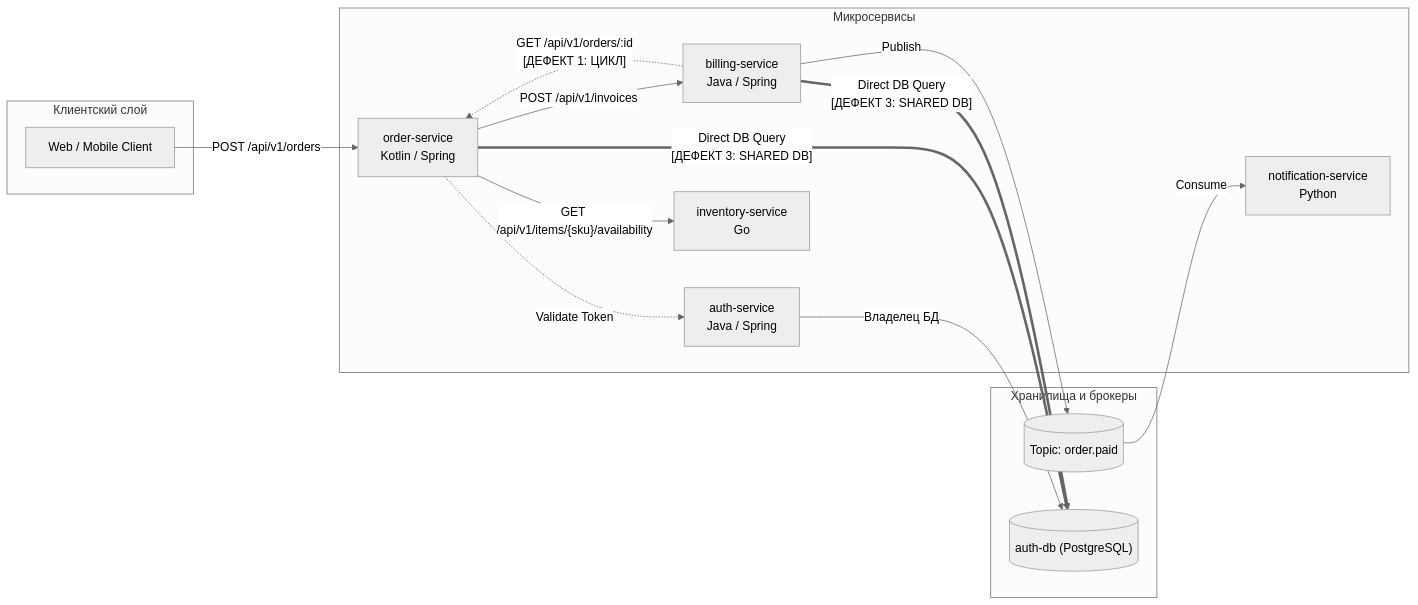
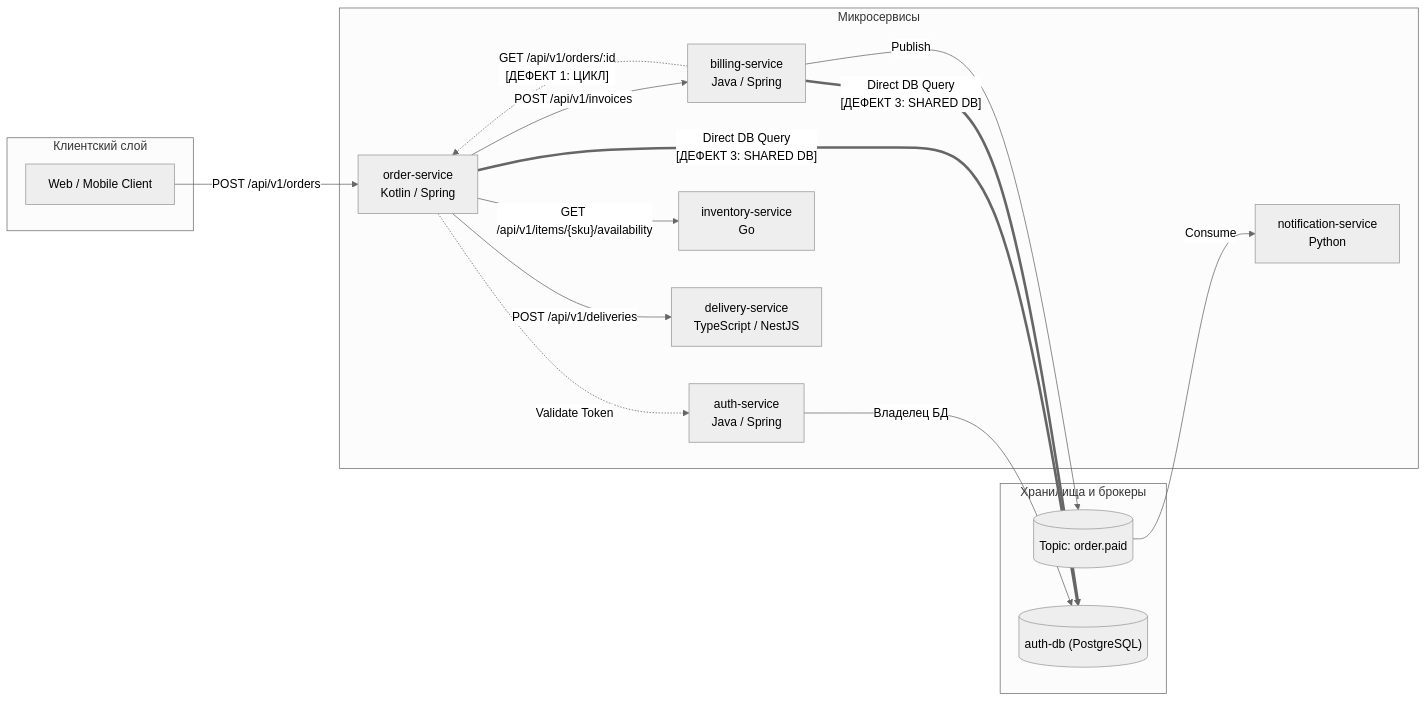
The diagram in docs/architecture/sample-architecture.md (teamv39/archon), drawn with Mermaid (neutral theme) before and after one commit. The commit also changed other lines of this file and 2 other files, not shown here.

Commit message:
ARCH-24: добавлен delivery-service и моковые фикстуры validate_dependency

````diff
--- a/docs/architecture/sample-architecture.md
+++ b/docs/architecture/sample-architecture.md
@@ -12,34 +12,36 @@
 ```mermaid
 flowchart LR
     subgraph Clients ["Клиентский слой"]
         Web["Web / Mobile Client"]
     end
 
     subgraph Services ["Микросервисы"]
         Auth["auth-service<br/>Java / Spring"]
         Order["order-service<br/>Kotlin / Spring"]
         Billing["billing-service<br/>Java / Spring"]
         Inventory["inventory-service<br/>Go"]
+        Delivery["delivery-service<br/>TypeScript / NestJS"]
         Notify["notification-service<br/>Python"]
     end
 
     subgraph Infrastructure ["Хранилища и брокеры"]
         TopicPaid[("Topic: order.paid")]
         AuthDB[("auth-db (PostgreSQL)")]
     end
 
     Web -->|"POST /api/v1/orders"| Order
     Order -->|"POST /api/v1/invoices"| Billing
     Order -->|"GET /api/v1/items/{sku}/availability"| Inventory
+    Order -->|"POST /api/v1/deliveries"| Delivery
     Order -.->|"Validate Token"| Auth
     Billing -->|"Publish"| TopicPaid
     TopicPaid -->|"Consume"| Notify
     Auth -->|"Владелец БД"| AuthDB
 
     %% Дефект 1: Циклическая зависимость
     Billing -.->|"GET /api/v1/orders/:id<br/>[ДЕФЕКТ 1: ЦИКЛ]"| Order
 
     %% Дефект 3: Прямой доступ к чужой БД (Shared Database)
     Order ==>|"Direct DB Query<br/>[ДЕФЕКТ 3: SHARED DB]"| AuthDB
     Billing ==>|"Direct DB Query<br/>[ДЕФЕКТ 3: SHARED DB]"| AuthDB
 ```
````
